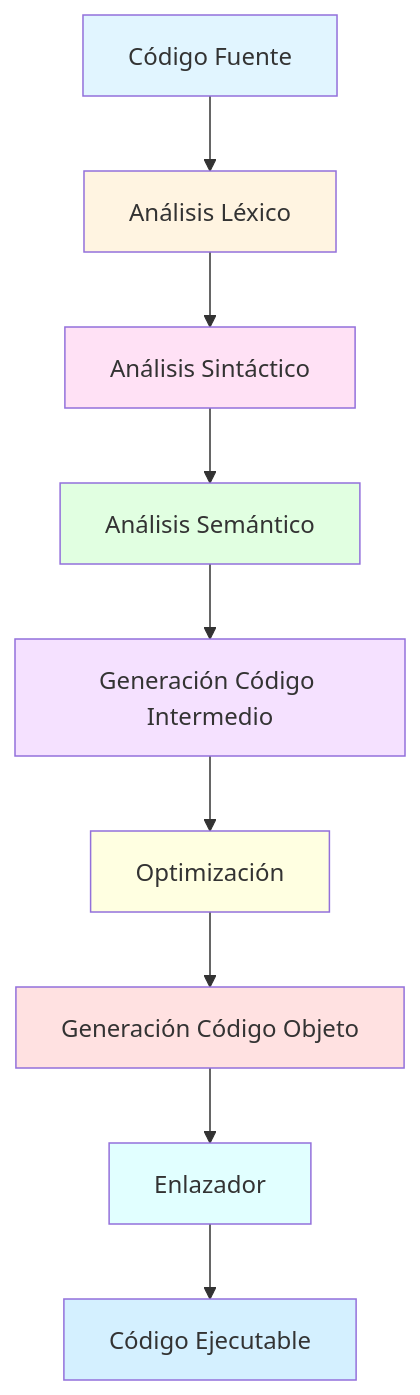
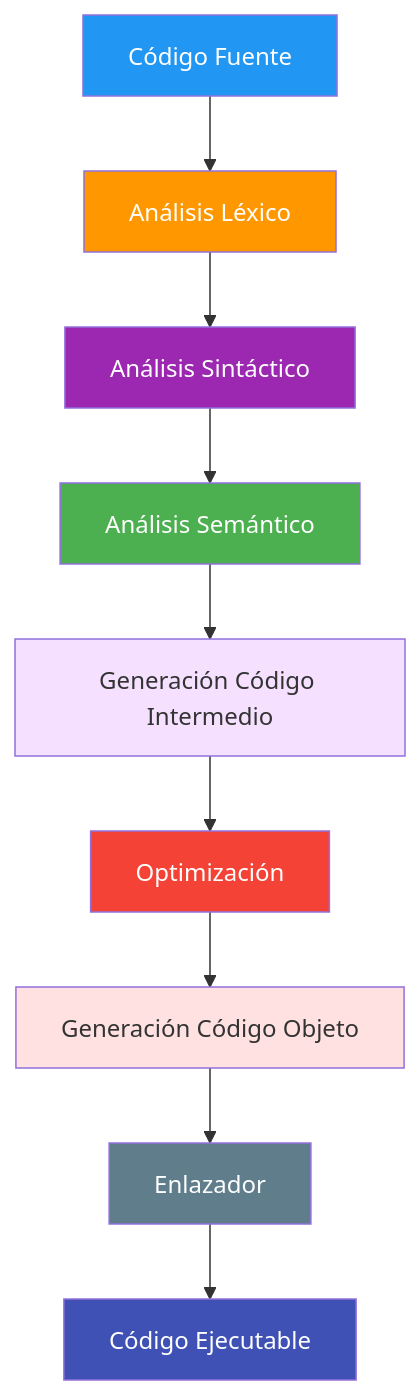
One commit to joseluisgs/EntornosDesarrollo-01-2026-2027 changed the third of 5 diagrams in 06-proceso-traduccion.md. Above: the diagram before and after it, drawn with Mermaid. The commit also changed other lines of this file and 9 other files, not shown here.

Commit message:
[fix] Mejoras didácticas y corrección de colores Mermaid en UD01

````diff
--- a/06-proceso-traduccion.md
+++ b/06-proceso-traduccion.md
@@ -120,21 +120,21 @@
 ```mermaid
 graph TD
     A[Código Fuente] --> B[Análisis Léxico]
     B --> C[Análisis Sintáctico]
     C --> D[Análisis Semántico]
     D --> E[Generación Código Intermedio]
     E --> F[Optimización]
     F --> G[Generación Código Objeto]
     G --> H[Enlazador]
     H --> I[Código Ejecutable]
 
-    style A fill:#e1f5ff
-    style B fill:#fff4e1
-    style C fill:#ffe1f5
-    style D fill:#e1ffe1
+    style A fill:#2196F3,color:#fff
+    style B fill:#FF9800,color:#fff
+    style C fill:#9C27B0,color:#fff
+    style D fill:#4CAF50,color:#fff
     style E fill:#f5e1ff
-    style F fill:#ffffe1
+    style F fill:#f44336,color:#fff
     style G fill:#ffe1e1
-    style H fill:#e1ffff
-    style I fill:#d4f0ff
+    style H fill:#607D8B,color:#fff
+    style I fill:#3F51B5,color:#fff
 ```
````
